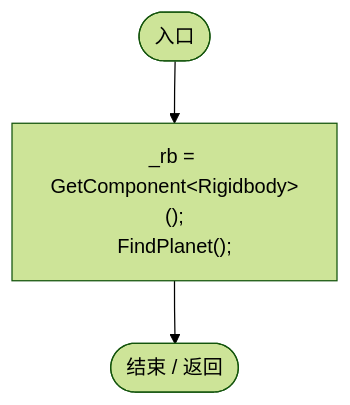
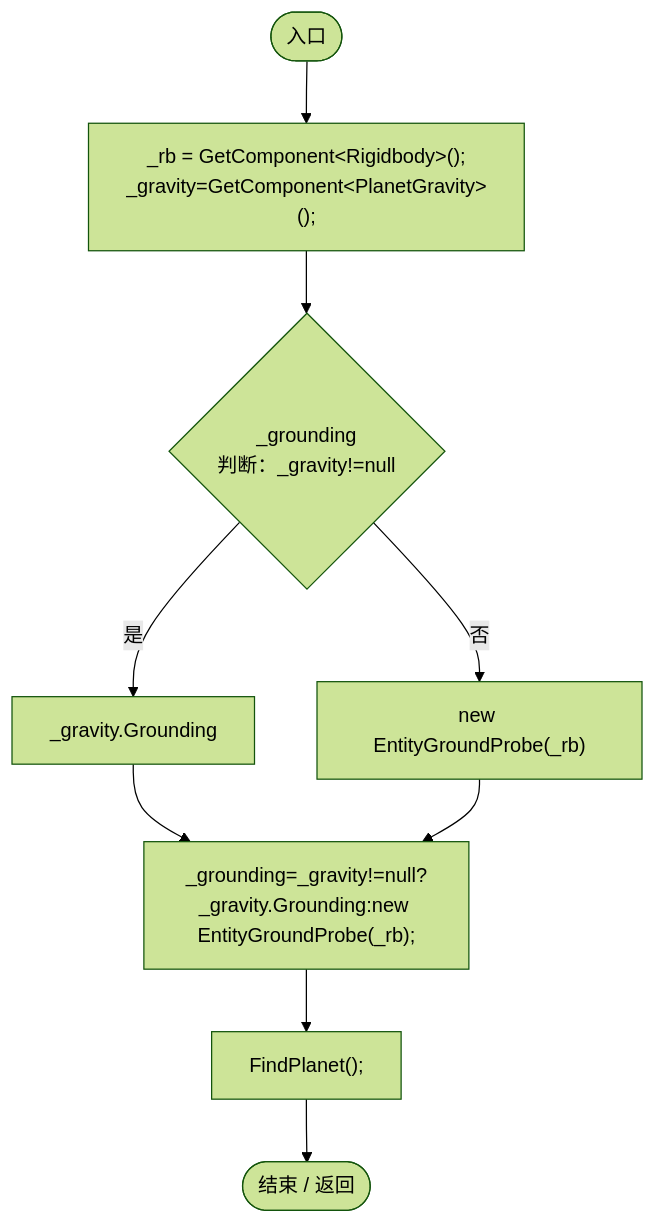
One commit to xhs6666/Darwin_paradise changed the first of 3 diagrams in Docs/运行流程图/脚本/71fd1058c8ed8660.md. Above: the diagram before and after it, drawn with Mermaid (forest theme). The commit also changed other lines of this file and 107 other files, not shown here.

Commit message:
Optimize gravity and grounding with shared exact terrain queries

````diff
--- a/Docs/运行流程图/脚本/71fd1058c8ed8660.md
+++ b/Docs/运行流程图/脚本/71fd1058c8ed8660.md
@@ -19,9 +19,20 @@
 ```mermaid
 flowchart TD
   b0(["入口"])
-  b1["_rb = GetComponent&lt;Rigidbody&gt;();<br/>FindPlanet();"]
-  b2(["结束 / 返回"])
+  b1["_rb = GetComponent&lt;Rigidbody&gt;();<br/>_gravity=GetComponent&lt;PlanetGravity&gt;();"]
+  b2{"_grounding<br/>判断：_gravity!=null"}
+  b3["_gravity.Grounding"]
+  b4["new EntityGroundProbe(_rb)"]
+  b5["_grounding=_gravity!=null?_gravity.Grounding:new EntityGroundProbe(_rb);"]
+  b6["FindPlanet();"]
+  b7(["结束 / 返回"])
   b0 --> b1
   b1 --> b2
+  b2 -->|"是"| b3
+  b2 -->|"否"| b4
+  b3 --> b5
+  b4 --> b5
+  b5 --> b6
+  b6 --> b7
 
 ```
````
